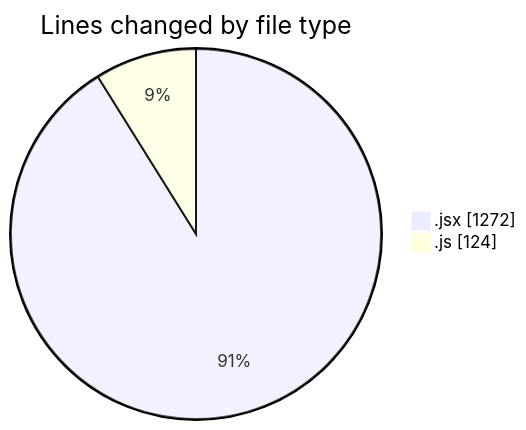
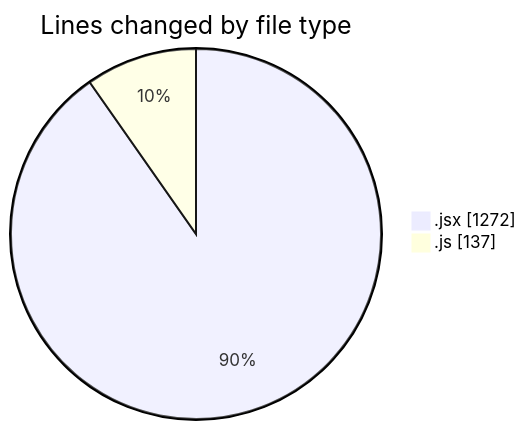
Before and after one commit to nxtqubesakshisongat/code-tracking: the first of 2 diagrams in 2025-05-19/nxtqube_webapp/README.md, drawn with Mermaid. The commit also changed other lines of this file and 1 other file, not shown here.

````diff
--- a/2025-05-19/nxtqube_webapp/README.md
+++ b/2025-05-19/nxtqube_webapp/README.md
@@ -24,6 +25,6 @@
 ```mermaid
 pie showData
 title Lines changed by file type
 ".jsx" : 1272
-".js" : 124
+".js" : 137
 ```
````
